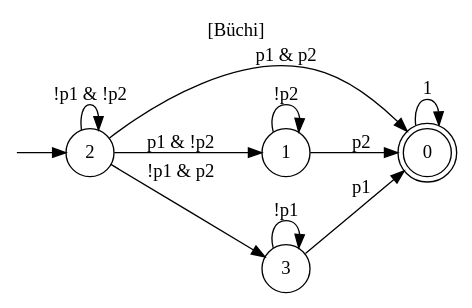
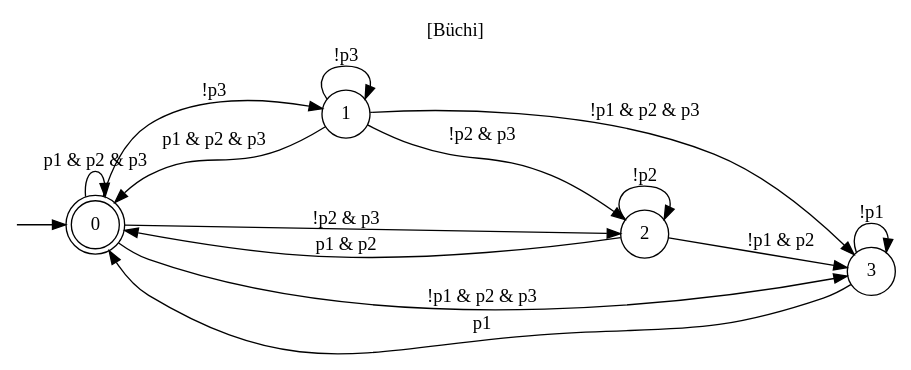
Before and after one commit to jrourke48/HMRTA_TS_GENERATION: the diagram in MCTB-PDT/output/buchi_automaton_tree_test.dot, drawn with Graphviz. The commit also changed 16 other files, not shown here.

```diff
--- a/MCTB-PDT/output/buchi_automaton_tree_test.dot
+++ b/MCTB-PDT/output/buchi_automaton_tree_test.dot
@@ -1,21 +1,25 @@
 digraph "" {
   rankdir=LR
   label="[Büchi]"
   labelloc="t"
   node [shape="circle"]
   I [label="", style=invis, width=0]
-  I -> 2
+  I -> 0
   0 [label="0", peripheries=2]
-  0 -> 0 [label="1"]
+  0 -> 0 [label="p1 & p2 & p3"]
+  0 -> 1 [label="!p3"]
+  0 -> 2 [label="!p2 & p3"]
+  0 -> 3 [label="!p1 & p2 & p3"]
   1 [label="1"]
-  1 -> 0 [label="p2"]
-  1 -> 1 [label="!p2"]
+  1 -> 0 [label="p1 & p2 & p3"]
+  1 -> 1 [label="!p3"]
+  1 -> 2 [label="!p2 & p3"]
+  1 -> 3 [label="!p1 & p2 & p3"]
   2 [label="2"]
   2 -> 0 [label="p1 & p2"]
-  2 -> 1 [label="p1 & !p2"]
-  2 -> 2 [label="!p1 & !p2"]
+  2 -> 2 [label="!p2"]
   2 -> 3 [label="!p1 & p2"]
   3 [label="3"]
   3 -> 0 [label="p1"]
   3 -> 3 [label="!p1"]
 }
```
